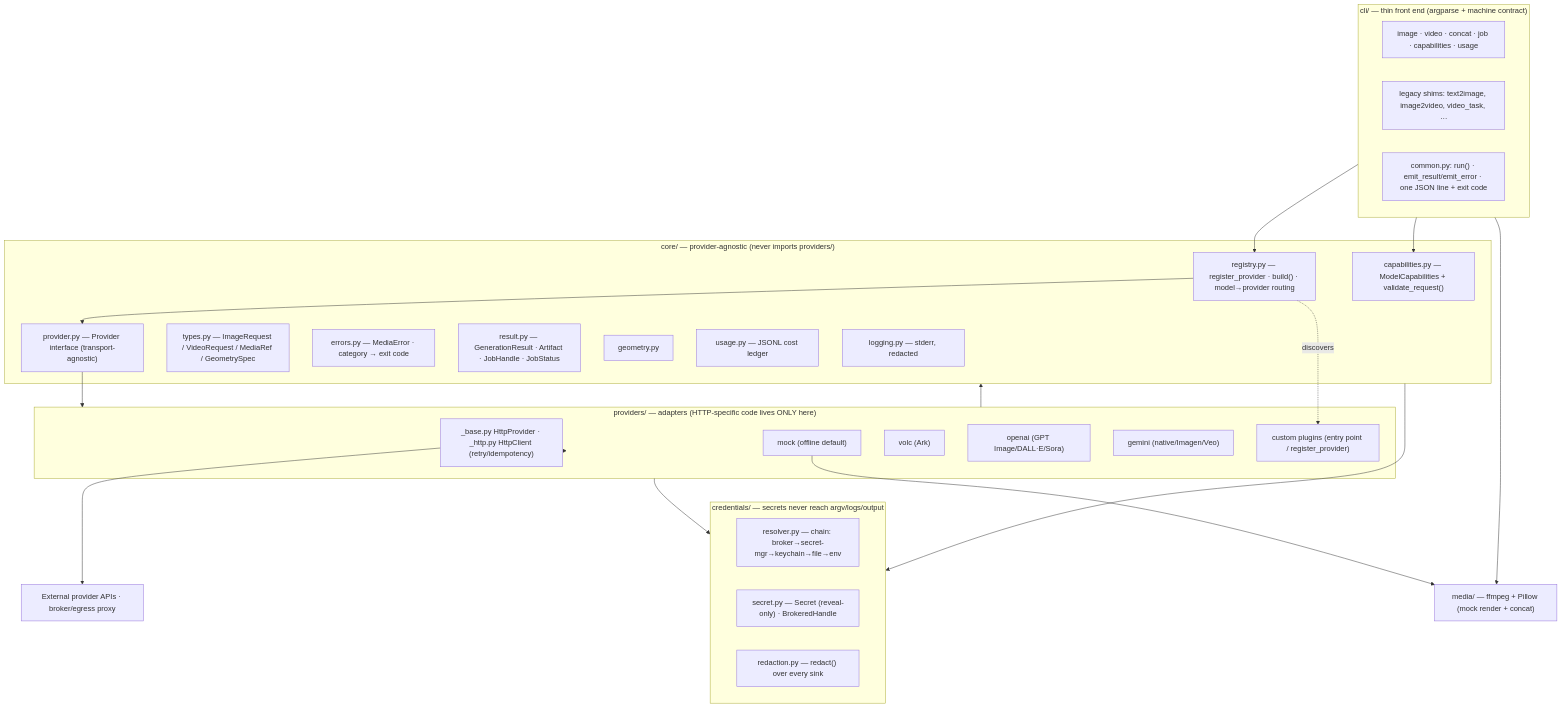
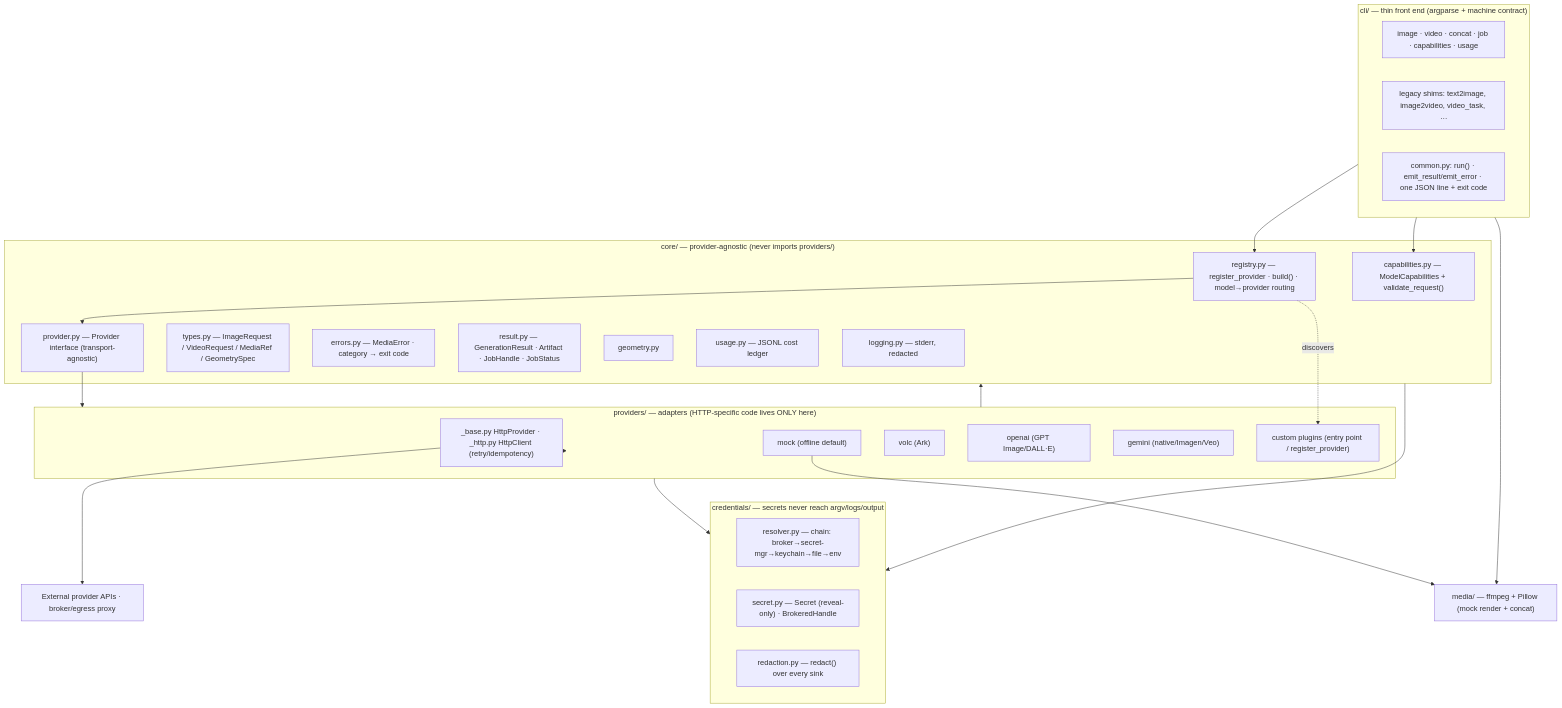
Before and after one commit to BrandoZhang/media-ai: the first of 2 diagrams in docs/ARCHITECTURE.md, drawn with Mermaid. The commit also changed other lines of this file and 8 other files, not shown here.

First line of the commit message:
Make OpenAI provider image-only and align with GPT Image docs

````diff
--- a/docs/ARCHITECTURE.md
+++ b/docs/ARCHITECTURE.md
@@ -11,51 +11,51 @@
 ```mermaid
 flowchart TB
     subgraph CLI["cli/ — thin front end (argparse + machine contract)"]
         C1["image · video · concat · job · capabilities · usage"]
         C2["legacy shims: text2image, image2video, video_task, …"]
         C3["common.py: run() · emit_result/emit_error · one JSON line + exit code"]
     end
 
     subgraph CORE["core/ — provider-agnostic (never imports providers/)"]
         R["registry.py — register_provider · build() · model→provider routing"]
         P["provider.py — Provider interface (transport-agnostic)"]
         T["types.py — ImageRequest / VideoRequest / MediaRef / GeometrySpec"]
         CAP["capabilities.py — ModelCapabilities + validate_request()"]
         ERR["errors.py — MediaError · category → exit code"]
         RES["result.py — GenerationResult · Artifact · JobHandle · JobStatus"]
         GEO["geometry.py"]
         USG["usage.py — JSONL cost ledger"]
         LOG["logging.py — stderr, redacted"]
     end
 
     subgraph CRED["credentials/ — secrets never reach argv/logs/output"]
         RSV["resolver.py — chain: broker→secret-mgr→keychain→file→env"]
         SEC["secret.py — Secret (reveal-only) · BrokeredHandle"]
         RED["redaction.py — redact() over every sink"]
     end
 
     subgraph PROV["providers/ — adapters (HTTP-specific code lives ONLY here)"]
         BASE["_base.py HttpProvider · _http.py HttpClient (retry/idempotency)"]
         MOCK["mock (offline default)"]
         VOLC["volc (Ark)"]
-        OAI["openai (GPT Image/DALL·E/Sora)"]
+        OAI["openai (GPT Image/DALL·E)"]
         GEM["gemini (native/Imagen/Veo)"]
         EXT["custom plugins (entry point / register_provider)"]
     end
 
     MEDIA["media/ — ffmpeg + Pillow (mock render + concat)"]
     EXTAPI["External provider APIs · broker/egress proxy"]
 
     CLI --> R
     CLI --> CAP
     R --> P
     R -.discovers.-> EXT
     P --> PROV
     PROV --> BASE
     PROV --> CORE
     PROV --> CRED
     BASE --> EXTAPI
     MOCK --> MEDIA
     CLI --> MEDIA
     CORE --> CRED
 ```
````
